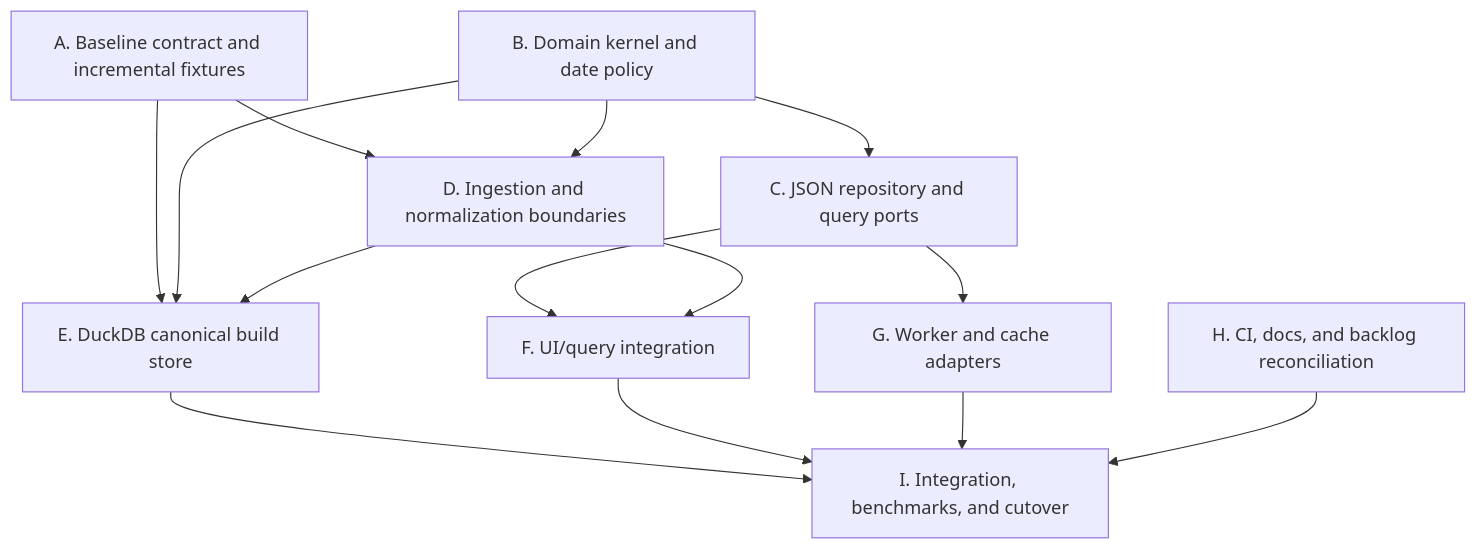
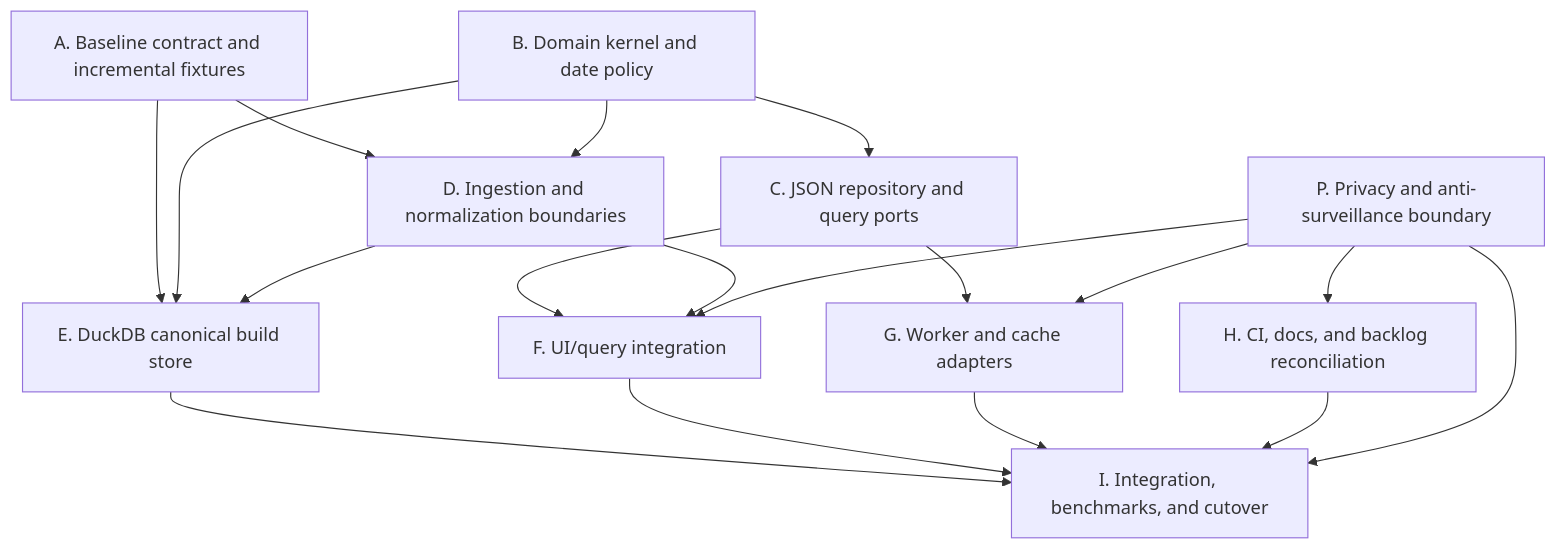
One commit to prodigic/zivv changed the diagram in docs/reorg-parallel-agent-plan.md. Above: the diagram before and after it, drawn with Mermaid. The commit also changed other lines of this file, not shown here.

Commit message:
docs: add privacy and anti-surveillance requirements

````diff
--- a/docs/reorg-parallel-agent-plan.md
+++ b/docs/reorg-parallel-agent-plan.md
@@ -124,26 +163,31 @@
 ```mermaid
 flowchart TD
   A["A. Baseline contract and incremental fixtures"]
   B["B. Domain kernel and date policy"]
   C["C. JSON repository and query ports"]
   D["D. Ingestion and normalization boundaries"]
   E["E. DuckDB canonical build store"]
   F["F. UI/query integration"]
   G["G. Worker and cache adapters"]
   H["H. CI, docs, and backlog reconciliation"]
+  P["P. Privacy and anti-surveillance boundary"]
   I["I. Integration, benchmarks, and cutover"]
 
   A --> D
   A --> E
   B --> C
   B --> D
   B --> E
   C --> F
   C --> G
   D --> E
   D --> F
   E --> I
   F --> I
   G --> I
   H --> I
+  P --> F
+  P --> G
+  P --> H
+  P --> I
 ```
````
